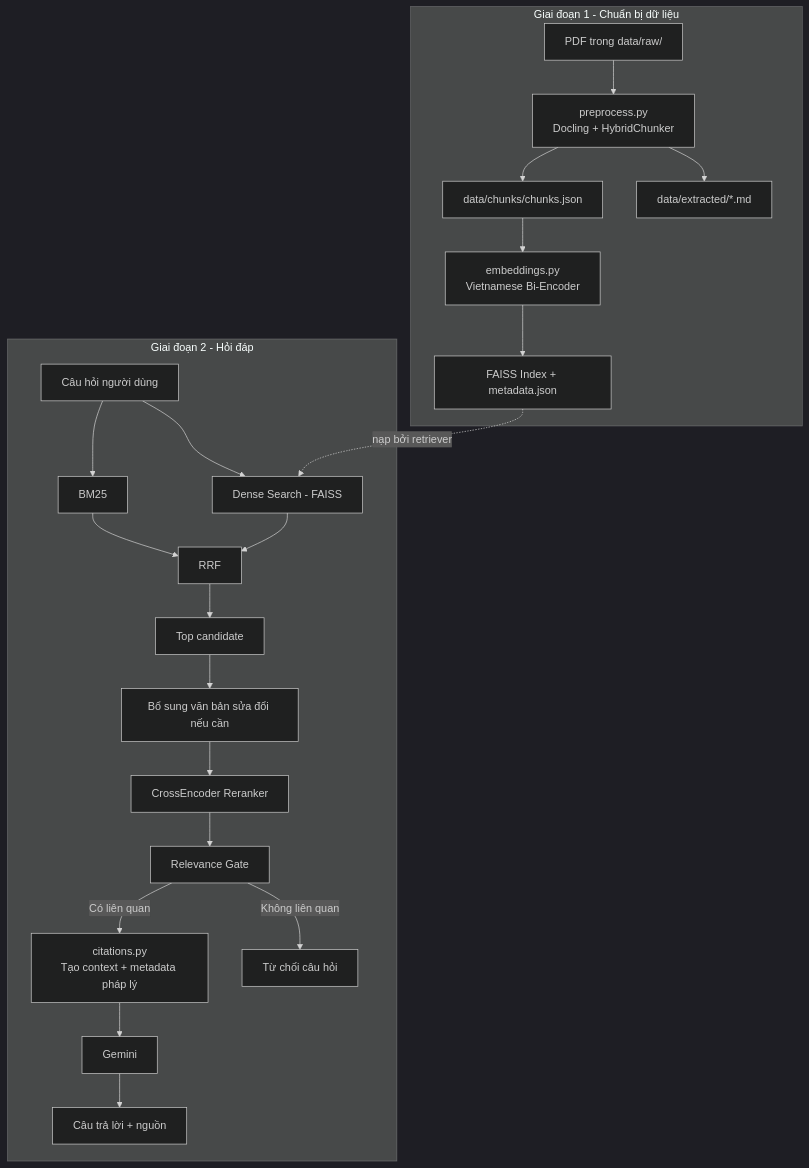
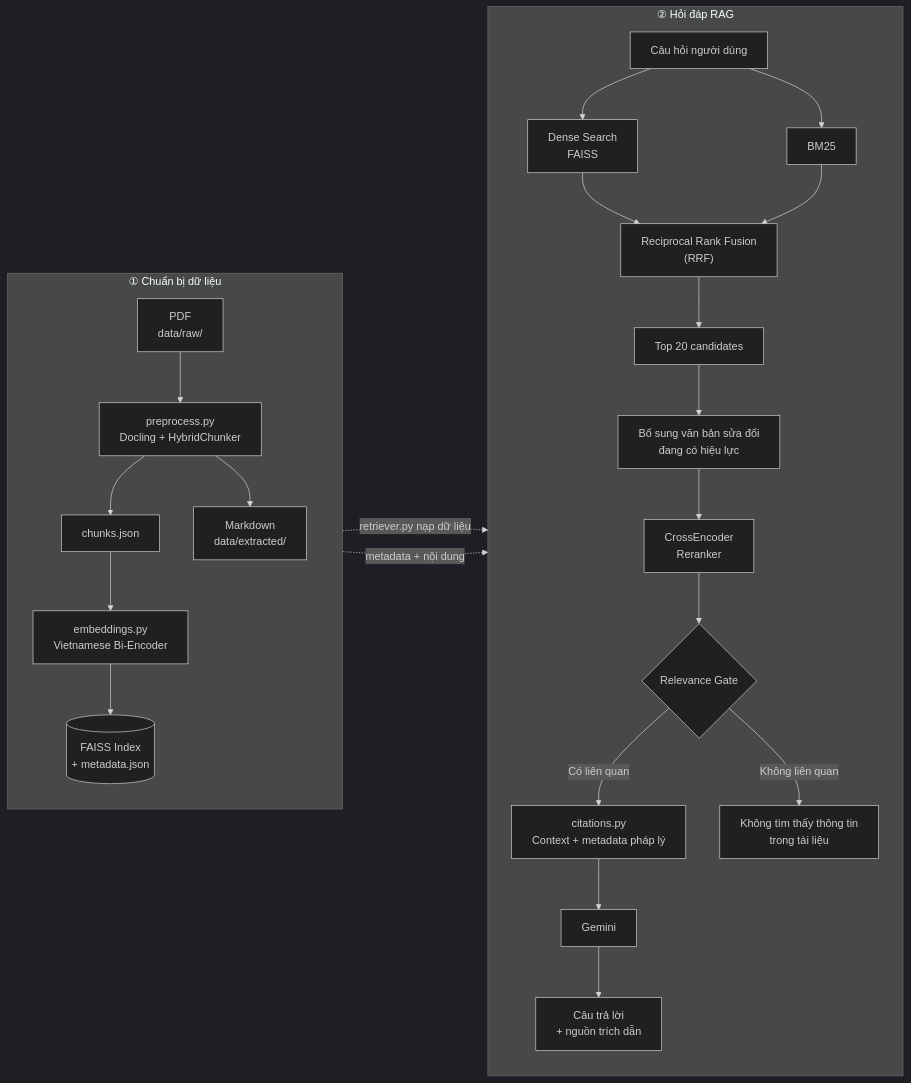
Before and after one commit to baothenotone/Project-LLM-RAG: the diagram in README.md, drawn with Mermaid (dark theme).

Commit message:
version 6

````diff
--- a/README.md
+++ b/README.md
@@ -37,27 +37,64 @@
 ```mermaid
-flowchart TD
-    subgraph A["Giai đoạn 1 - Chuẩn bị dữ liệu"]
-        A1["PDF trong data/raw/"] --> A2["preprocess.py\nDocling + HybridChunker"]
-        A2 --> A3["data/extracted/*.md"]
-        A2 --> A4["data/chunks/chunks.json"]
-        A4 --> A5["embeddings.py\nVietnamese Bi-Encoder"]
-        A5 --> A6["FAISS Index + metadata.json"]
+flowchart LR
+
+    subgraph P1["① Chuẩn bị dữ liệu"]
+        direction TB
+
+        A["PDF<br/>data/raw/"]
+        B["preprocess.py<br/>Docling + HybridChunker"]
+        C["chunks.json"]
+        D["Markdown<br/>data/extracted/"]
+        E["embeddings.py<br/>Vietnamese Bi-Encoder"]
+        F[("FAISS Index<br/>+ metadata.json")]
+
+        A --> B
+        B --> C
+        B --> D
+        C --> E
+        E --> F
     end
 
-    subgraph B["Giai đoạn 2 - Hỏi đáp"]
-        B1["Câu hỏi người dùng"] --> B2["Dense Search - FAISS"]
-        B1 --> B3["BM25"]
-        B2 --> B4["RRF"]
-        B3 --> B4
-        B4 --> B5["Top candidate"]
-        B5 --> B6["Bổ sung văn bản sửa đổi nếu cần"]
-        B6 --> B7["CrossEncoder Reranker"]
-        B7 --> B8["Relevance Gate"]
-        B8 -->|"Không liên quan"| B9["Từ chối câu hỏi"]
-        B8 -->|"Có liên quan"| B10["citations.py\nTạo context + metadata pháp lý"]
-        B10 --> B11["Gemini"]
-        B11 --> B12["Câu trả lời + nguồn"]
+
+    subgraph P2["② Hỏi đáp RAG"]
+        direction TB
+
+        Q["Câu hỏi người dùng"]
+
+        DS["Dense Search<br/>FAISS"]
+        BM["BM25"]
+
+        RRF["Reciprocal Rank Fusion<br/>(RRF)"]
+
+        CAND["Top 20 candidates"]
+        AMEND["Bổ sung văn bản sửa đổi<br/>đang có hiệu lực"]
+        RERANK["CrossEncoder<br/>Reranker"]
+        GATE{"Relevance Gate"}
+
+        CTX["citations.py<br/>Context + metadata pháp lý"]
+        LLM["Gemini"]
+        ANS["Câu trả lời<br/>+ nguồn trích dẫn"]
+
+        REJECT["Không tìm thấy thông tin<br/>trong tài liệu"]
+
+        Q --> DS
+        Q --> BM
+
+        DS --> RRF
+        BM --> RRF
+
+        RRF --> CAND
+        CAND --> AMEND
+        AMEND --> RERANK
+        RERANK --> GATE
+
+        GATE -->|"Có liên quan"| CTX
+        GATE -->|"Không liên quan"| REJECT
+
+        CTX --> LLM
+        LLM --> ANS
     end
 
-    A6 -. "nạp bởi retriever" .-> B2
+
+    F -. "retriever.py nạp dữ liệu" .-> DS
+    F -. "metadata + nội dung" .-> BM
 ```
````
